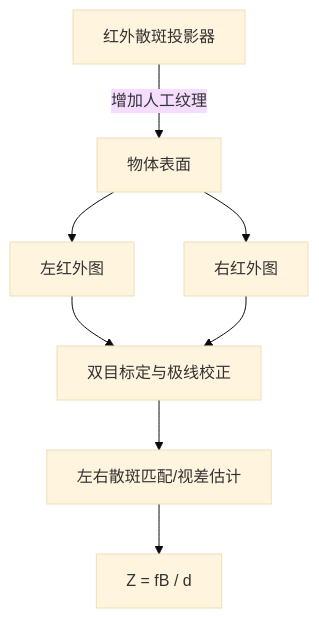
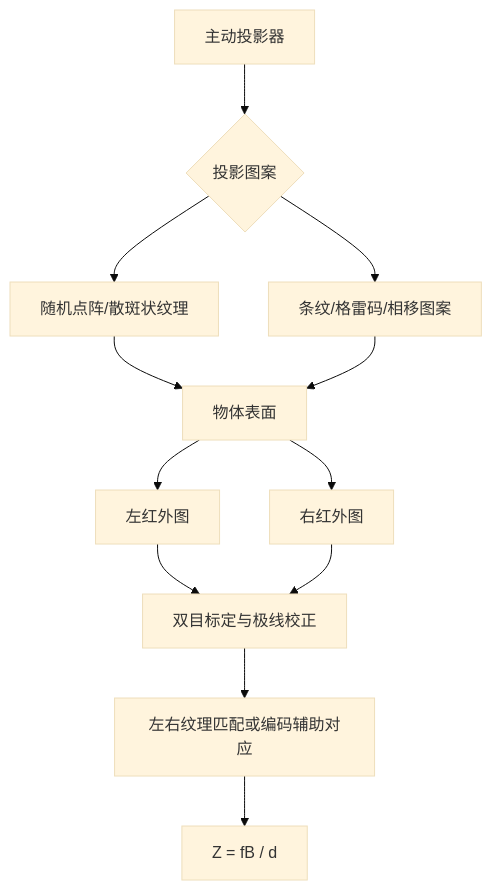
One commit to WQ-2001-mc/Depth_Camera_Principle changed the second of 4 diagrams in 深度相机原理介绍.md. Above: the diagram before and after it, drawn with Mermaid (base theme). The commit also changed other lines of this file and 13 other files, not shown here.

````diff
--- a/深度相机原理介绍.md
+++ b/深度相机原理介绍.md
@@ -199,10 +208,14 @@
 ```mermaid
 flowchart TB
-    PRJ[红外散斑投影器] -->|增加人工纹理| OBJ[物体表面]
+    PRJ[主动投影器] --> PAT{投影图案}
+    PAT --> DOT[随机点阵/散斑状纹理]
+    PAT --> STRIPE[条纹/格雷码/相移图案]
+    DOT --> OBJ[物体表面]
+    STRIPE --> OBJ
     OBJ --> L[左红外图]
     OBJ --> R[右红外图]
     L --> RECT[双目标定与极线校正]
     R --> RECT
-    RECT --> MATCH[左右散斑匹配/视差估计]
+    RECT --> MATCH[左右纹理匹配或编码辅助对应]
     MATCH --> DEP[Z = fB / d]
 ```
````
